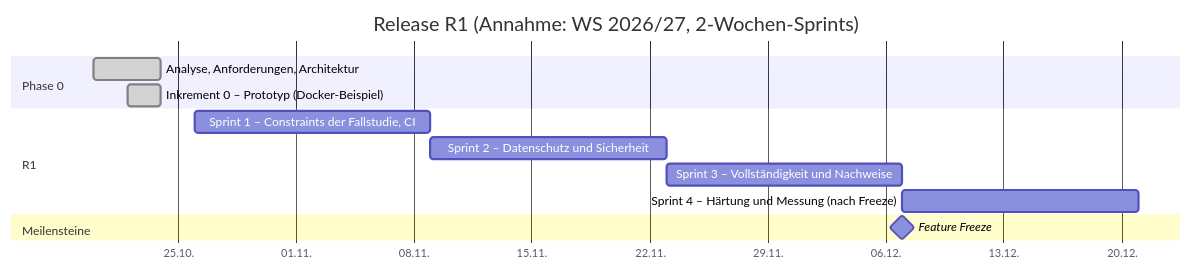
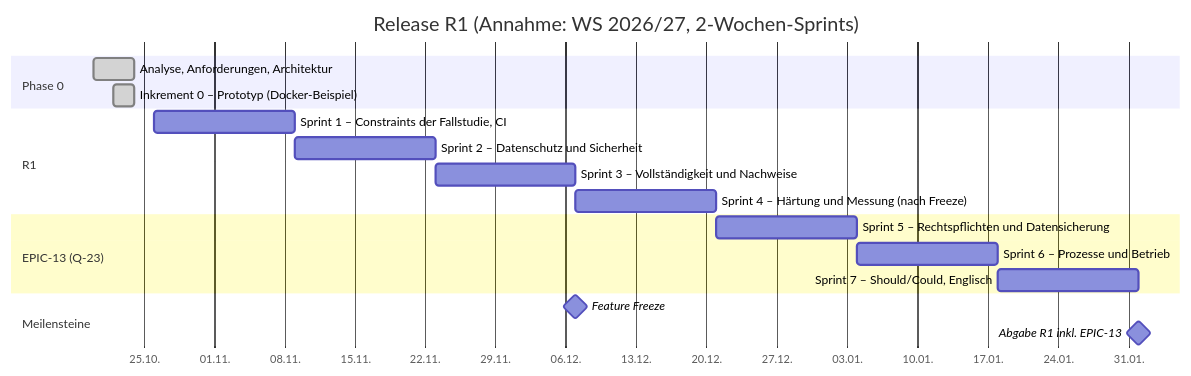
Before and after one commit to CaRo10Robert/SWeng_projekt2026: the diagram in docs/02-anforderungen/03-backlog.md, drawn with Mermaid. The commit also changed other lines of this file and 67 other files, not shown here.

First line of the commit message:
docs: Recht, Auftritt und Betrieb als Übung erfassen (EPIC-13)

````diff
--- a/docs/02-anforderungen/03-backlog.md
+++ b/docs/02-anforderungen/03-backlog.md
@@ -82,16 +99,21 @@
 ```mermaid
 gantt
     title Release R1 (Annahme: WS 2026/27, 2-Wochen-Sprints)
     dateFormat YYYY-MM-DD
     axisFormat %d.%m.
     section Phase 0
     Analyse, Anforderungen, Architektur           :done, a1, 2026-10-20, 4d
     Inkrement 0 – Prototyp (Docker-Beispiel)       :done, p0, 2026-10-22, 2d
     section R1
     Sprint 1 – Constraints der Fallstudie, CI      :s1, 2026-10-26, 14d
     Sprint 2 – Datenschutz und Sicherheit           :s2, after s1, 14d
     Sprint 3 – Vollständigkeit und Nachweise        :s3, after s2, 14d
     Sprint 4 – Härtung und Messung (nach Freeze)    :s4, after s3, 14d
+    section EPIC-13 (Q-23)
+    Sprint 5 – Rechtspflichten und Datensicherung    :s5, after s4, 14d
+    Sprint 6 – Prozesse und Betrieb                 :s6, after s5, 14d
+    Sprint 7 – Should/Could, Englisch               :s7, after s6, 14d
     section Meilensteine
     Feature Freeze                                 :milestone, ff, after s3, 0d
+    Abgabe R1 inkl. EPIC-13                        :milestone, ab, after s7, 0d
 ```
````
